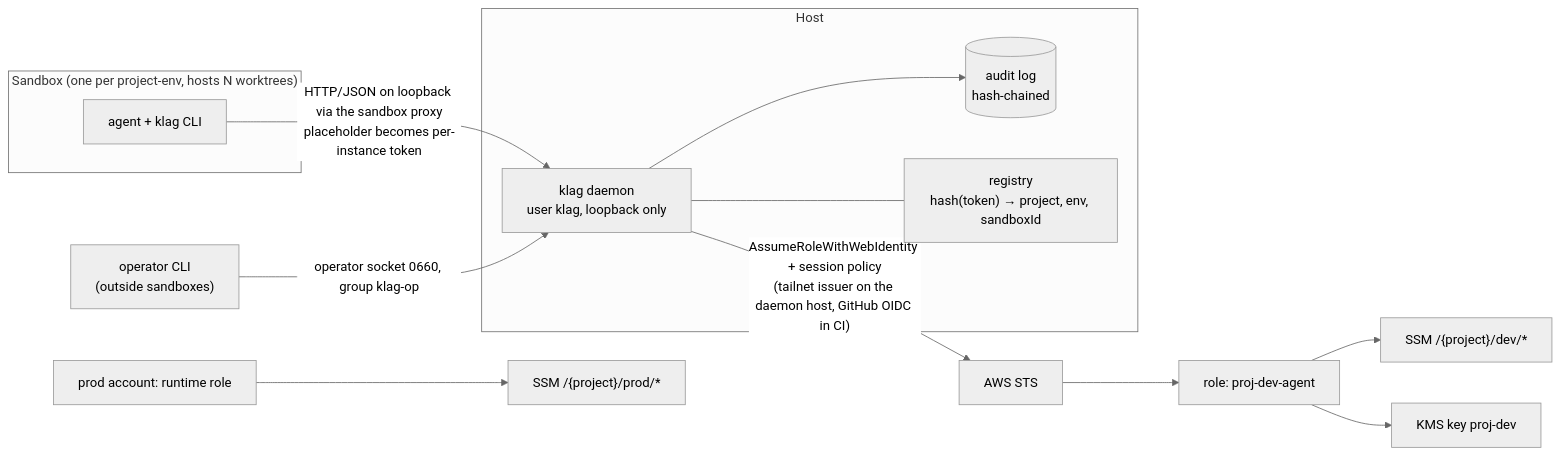
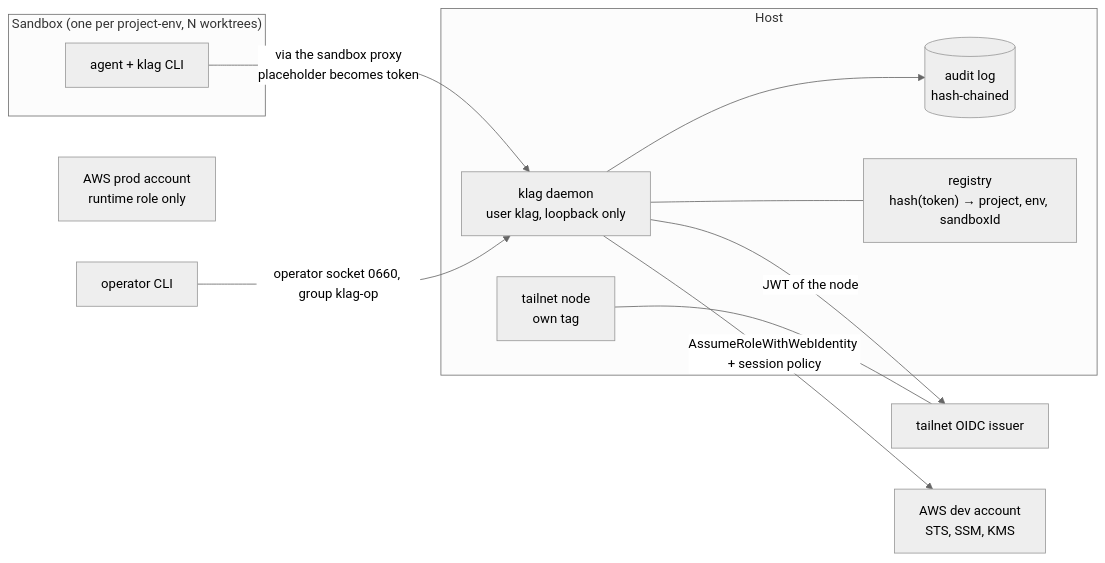
Before and after one commit to solidareasy/keyless-agents: the first of 3 diagrams in SPEC.md, drawn with Mermaid (neutral theme). The commit also changed other lines of this file, not shown here.

Commit message:
docs(spec): v3, tailnet only, no taskId, simplified scopes

````diff
--- a/SPEC.md
+++ b/SPEC.md
@@ -19,21 +19,21 @@
 ```mermaid
 flowchart LR
   subgraph Host
     D["klag daemon<br/>user klag, loopback only"]
     L[("audit log<br/>hash-chained")]
     R["registry<br/>hash(token) → project, env, sandboxId"]
+    N["tailnet node<br/>own tag"]
   end
-  subgraph SB["Sandbox (one per project-env, hosts N worktrees)"]
+  subgraph SB["Sandbox (one per project-env, N worktrees)"]
     AG["agent + klag CLI"]
   end
-  OP["operator CLI<br/>(outside sandboxes)"]
-  AG -- "HTTP/JSON on loopback via the sandbox proxy<br/>placeholder becomes per-instance token" --> D
+  OP["operator CLI"]
+  AG -- "via the sandbox proxy<br/>placeholder becomes token" --> D
   OP -- "operator socket 0660, group klag-op" --> D
   D --- R
   D --> L
-  D -- "AssumeRoleWithWebIdentity + session policy<br/>(tailnet issuer on the daemon host, GitHub OIDC in CI)" --> STS[AWS STS]
-  STS --> ROLE["role: proj-dev-agent"]
-  ROLE --> SSM["SSM /{project}/dev/*"]
-  ROLE --> KMS["KMS key proj-dev"]
-  PRODROLE["prod account: runtime role"] --> SSMP["SSM /{project}/prod/*"]
+  D -- "JWT of the node" --> I["tailnet OIDC issuer"]
+  D -- "AssumeRoleWithWebIdentity + session policy" --> W["AWS dev account<br/>STS, SSM, KMS"]
+  N --- I
+  PROD["AWS prod account<br/>runtime role only"]
 ```
````
